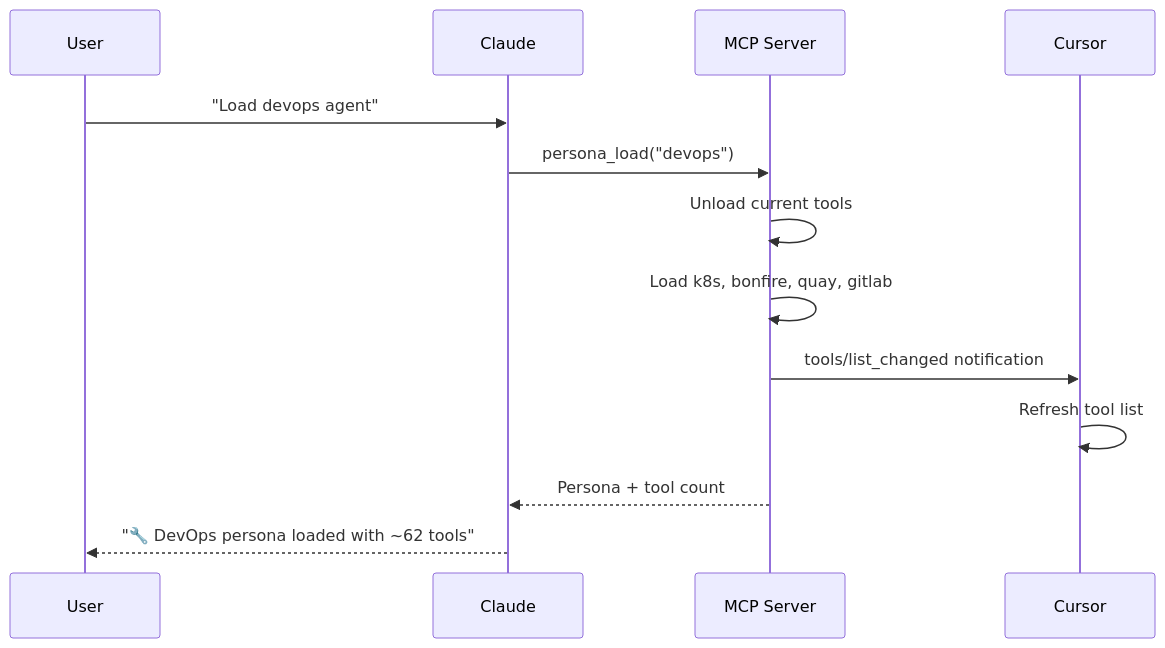
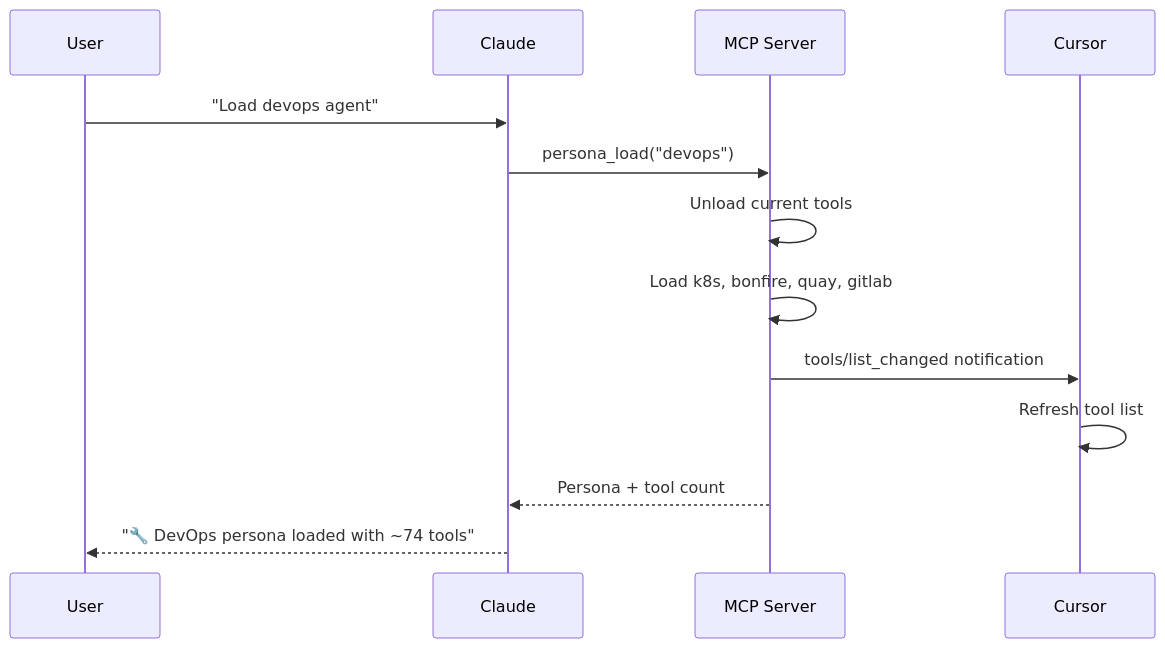
One commit to dmzoneill/redhat-ai-workflow changed the first of 2 diagrams in docs/personas/README.md. Above: the diagram before and after it, drawn with Mermaid. The commit also changed other lines of this file and 70 other files, not shown here.

````diff
--- a/docs/personas/README.md
+++ b/docs/personas/README.md
@@ -21,16 +21,16 @@
 ```mermaid
 sequenceDiagram
     participant User
     participant Claude
     participant MCP as MCP Server
     participant Cursor
 
     User->>Claude: "Load devops agent"
     Claude->>MCP: persona_load("devops")
     MCP->>MCP: Unload current tools
     MCP->>MCP: Load k8s, bonfire, quay, gitlab
     MCP->>Cursor: tools/list_changed notification
     Cursor->>Cursor: Refresh tool list
     MCP-->>Claude: Persona + tool count
-    Claude-->>User: "🔧 DevOps persona loaded with ~62 tools"
+    Claude-->>User: "🔧 DevOps persona loaded with ~74 tools"
 ```
````
